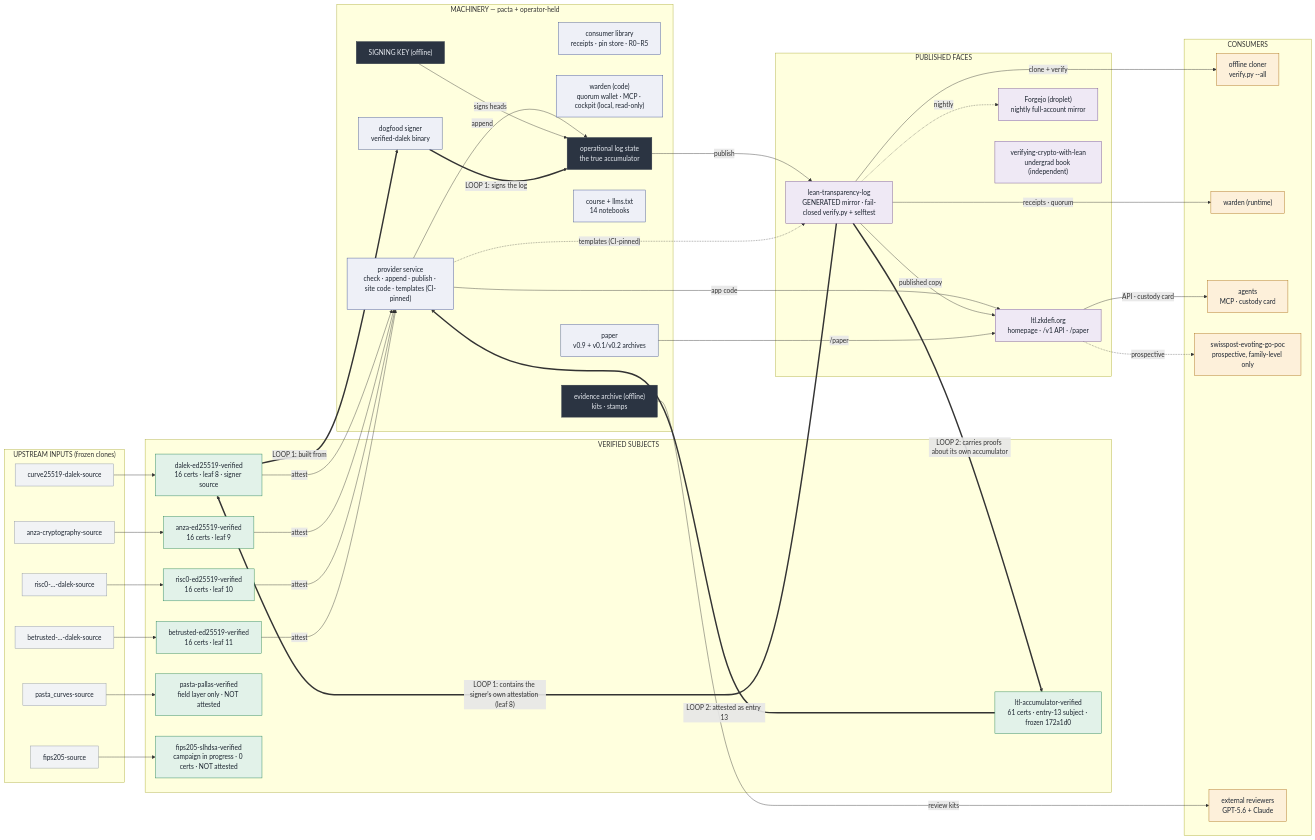
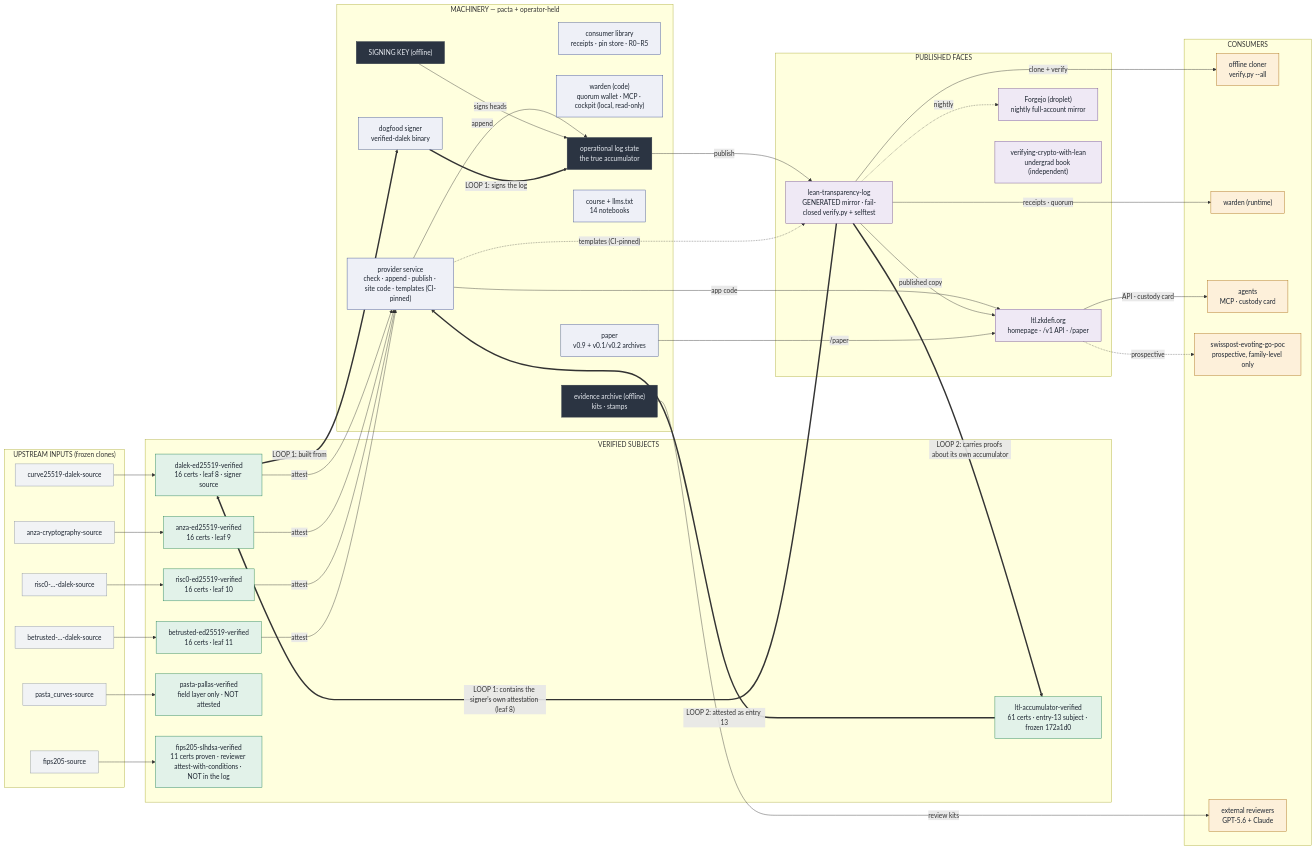
Before and after one commit to saymrwulf/proof-aware-crypto-tooling-agent: the diagram in ESTATE.md, drawn with Mermaid. The commit also changed other lines of this file, not shown here.

```diff
--- a/ESTATE.md
+++ b/ESTATE.md
@@ -28,7 +28,7 @@
     r["risc0-ed25519-verified<br/>16 certs · leaf 10"]
     b["betrusted-ed25519-verified<br/>16 certs · leaf 11"]
     p["pasta-pallas-verified<br/>field layer only · NOT attested"]
-    f["fips205-slhdsa-verified<br/>campaign in progress · 0 certs · NOT attested"]
+    f["fips205-slhdsa-verified<br/>11 certs proven · reviewer attest-with-conditions · NOT in the log"]
     c["ltl-accumulator-verified<br/>61 certs · entry-13 subject · frozen 172a1d0"]
   end
   subgraph M["MACHINERY — pacta + operator-held"]
```
